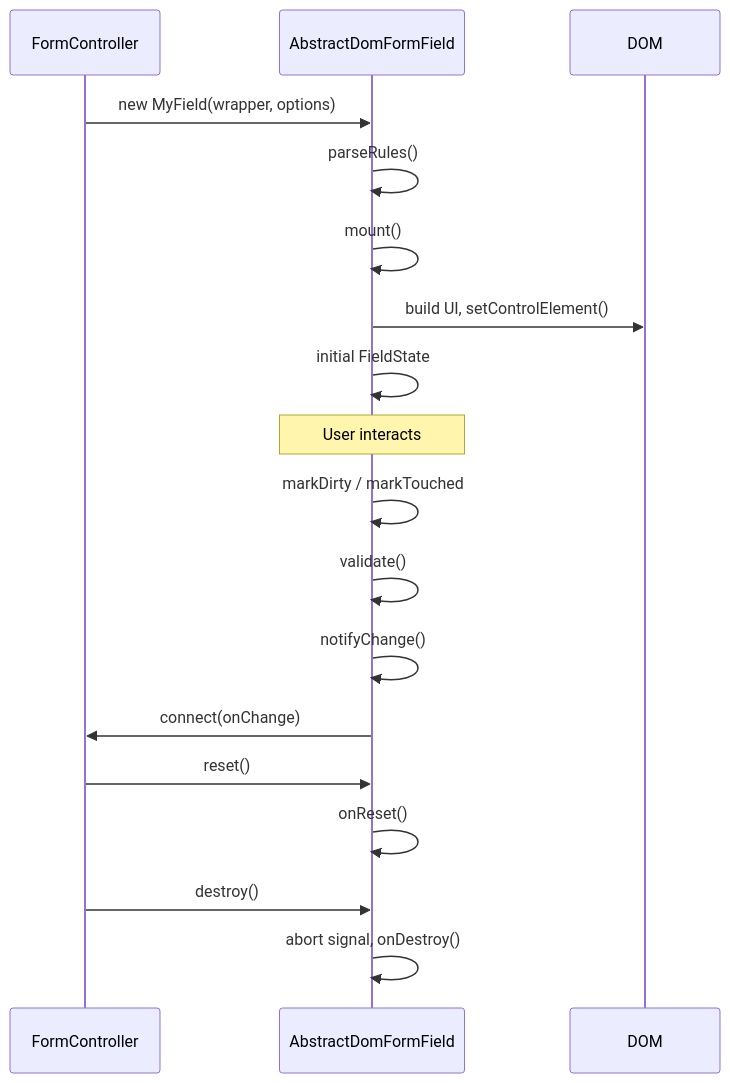
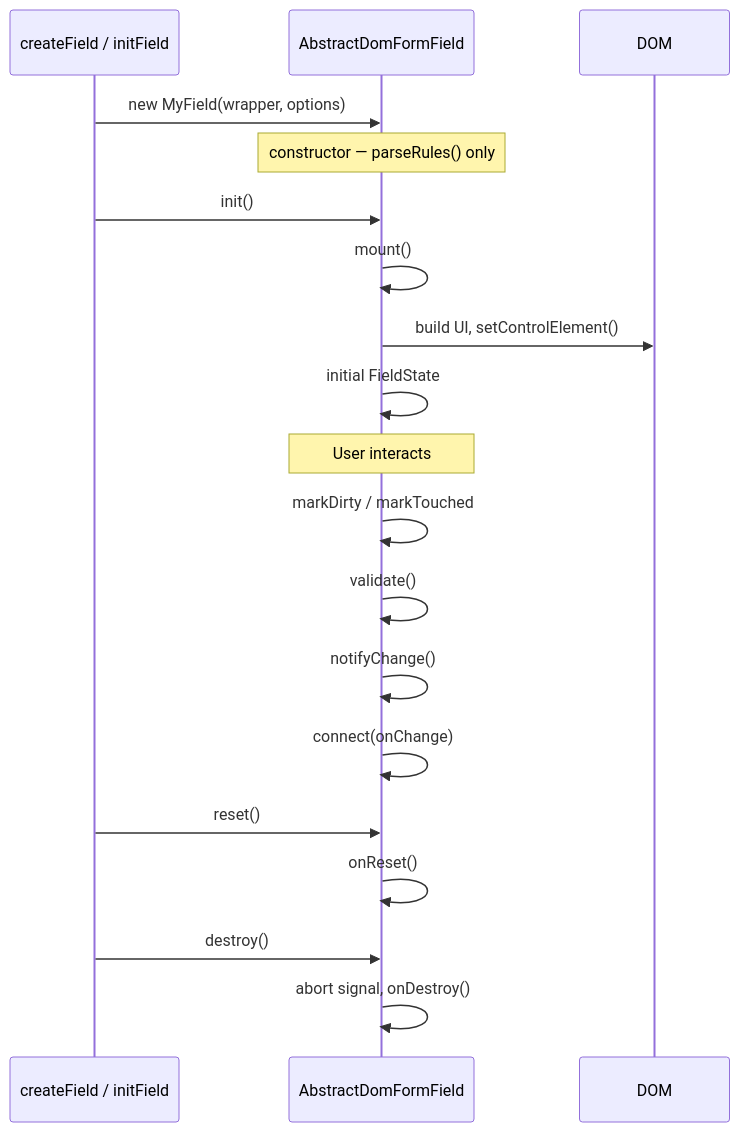
The second of 2 diagrams in docs/src/content/docs/guides/custom-fields.md (kimamov/FormLayer), drawn with Mermaid before and after one commit. The commit also changed other lines of this file and 13 other files, not shown here.

````diff
--- a/docs/src/content/docs/guides/custom-fields.md
+++ b/docs/src/content/docs/guides/custom-fields.md
@@ -29,24 +29,25 @@
 ```mermaid
 sequenceDiagram
-  participant FC as FormController
+  participant Factory as createField / initField
   participant F as AbstractDomFormField
   participant DOM as DOM
 
-  FC->>F: new MyField(wrapper, options)
-  F->>F: parseRules()
+  Factory->>F: new MyField(wrapper, options)
+  Note over F: constructor — parseRules() only
+  Factory->>F: init()
   F->>F: mount()
   F->>DOM: build UI, setControlElement()
   F->>F: initial FieldState
 
   Note over F: User interacts
   F->>F: markDirty / markTouched
   F->>F: validate()
   F->>F: notifyChange()
-  F->>FC: connect(onChange)
+  F->>F: connect(onChange)
 
-  FC->>F: reset()
+  Factory->>F: reset()
   F->>F: onReset()
 
-  FC->>F: destroy()
+  Factory->>F: destroy()
   F->>F: abort signal, onDestroy()
 ```
````
